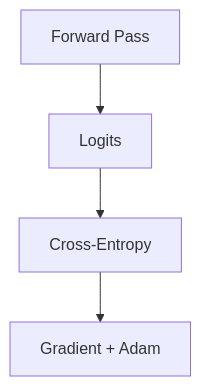
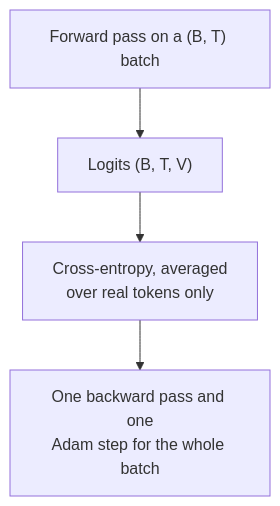
The diagram in walk-the-code/diagrams/batch_train.mmd (danilop/micro-gpt-and-beyond), drawn with Mermaid before and after one commit. The commit also changed 80 other files, not shown here.

```diff
--- a/walk-the-code/diagrams/batch_train.mmd
+++ b/walk-the-code/diagrams/batch_train.mmd
@@ -1,5 +1,4 @@
 graph TD
-    model[Forward Pass]
-    model --> logits[Logits]
-    logits --> loss[Cross-Entropy]
-    loss --> update[Gradient + Adam]
+    model["Forward pass on a (B, T) batch"] --> logits["Logits (B, T, V)"]
+    logits --> loss[Cross-entropy, averaged<br/>over real tokens only]
+    loss --> update[One backward pass and one<br/>Adam step for the whole batch]
```
